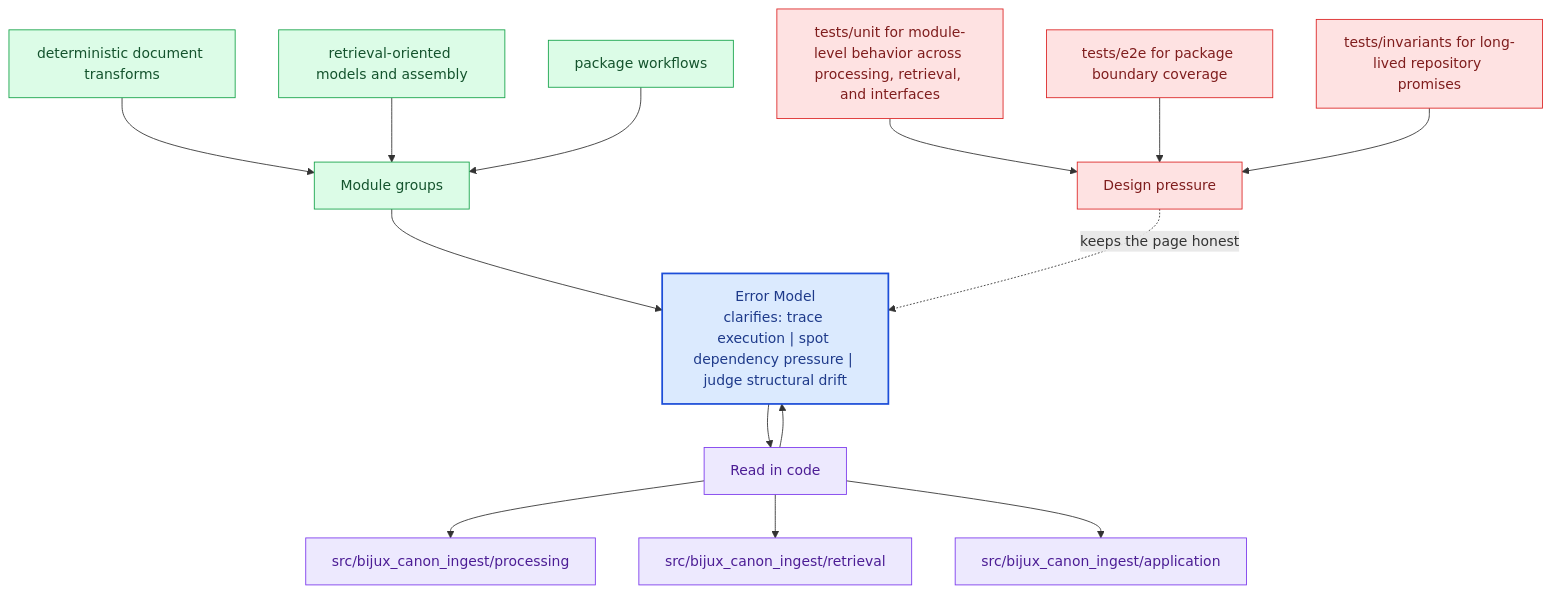
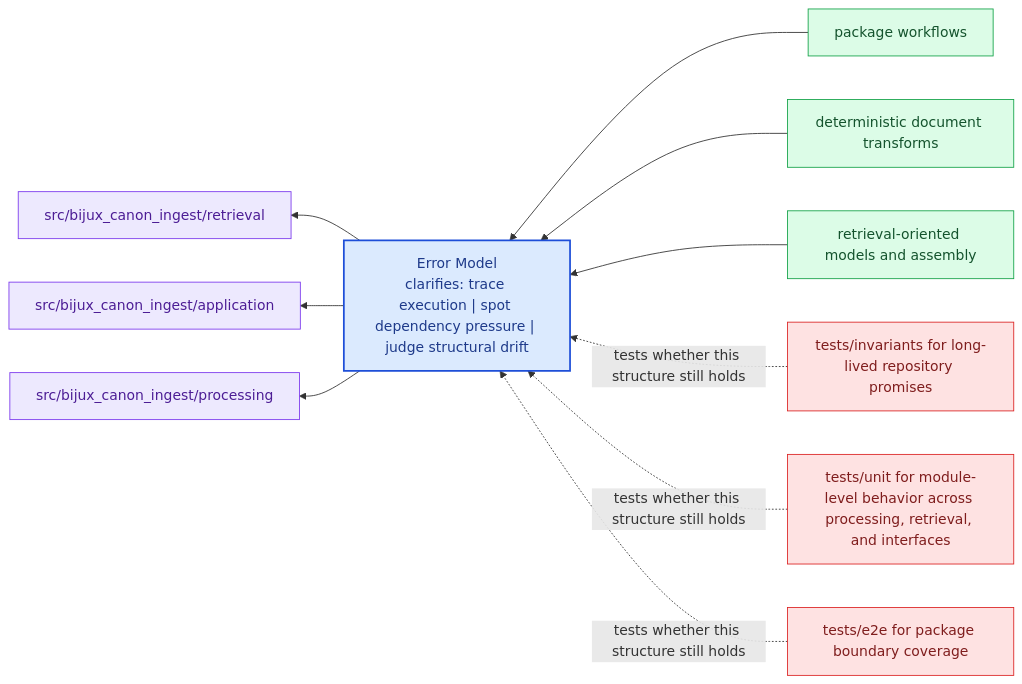
One commit to bijux/bijux-canon changed the diagram in docs/bijux-canon-ingest/architecture/error-model.md. Above: the diagram before and after it, drawn with Mermaid. The commit also changed other lines of this file and 281 other files, not shown here.

Commit message:
docs(diagrams): replace repeated mermaid scaffolds with page-specific summaries

````diff
--- a/docs/bijux-canon-ingest/architecture/error-model.md
+++ b/docs/bijux-canon-ingest/architecture/error-model.md
@@ -68,40 +23,31 @@
 ```mermaid
-flowchart TB
-    promise["Error Model<br/>clarifies: trace execution | spot dependency pressure | judge structural drift"]
-    classDef promise fill:#dbeafe,stroke:#1d4ed8,color:#1e3a8a,stroke-width:2px;
-    classDef driver fill:#dcfce7,stroke:#16a34a,color:#14532d;
-    classDef constraint fill:#fee2e2,stroke:#dc2626,color:#7f1d1d;
-    classDef ground fill:#ede9fe,stroke:#7c3aed,color:#4c1d95;
-    focus1["Module groups"]
-    focus1 --> promise
-    focus1_1["deterministic document transforms"]
-    focus1_1 --> focus1
-    focus1_2["retrieval-oriented models and assembly"]
-    focus1_2 --> focus1
-    focus1_3["package workflows"]
-    focus1_3 --> focus1
-    class focus1 driver;
-    class focus1_1,focus1_2,focus1_3 driver;
-    focus2["Read in code"]
-    focus2 --> promise
-    promise --> focus2
-    focus2_1["src/bijux_canon_ingest/processing"]
-    focus2 --> focus2_1
-    focus2_2["src/bijux_canon_ingest/retrieval"]
-    focus2 --> focus2_2
-    focus2_3["src/bijux_canon_ingest/application"]
-    focus2 --> focus2_3
-    class focus2 ground;
-    class focus2_1,focus2_2,focus2_3 ground;
-    focus3["Design pressure"]
-    focus3 -.keeps the page honest.-> promise
-    focus3_1["tests/unit for module-level behavior across processing, retrieval, and interfaces"]
-    focus3_1 --> focus3
-    focus3_2["tests/e2e for package boundary coverage"]
-    focus3_2 --> focus3
-    focus3_3["tests/invariants for long-lived repository promises"]
-    focus3_3 --> focus3
-    class focus3 constraint;
-    class focus3_1,focus3_2,focus3_3 constraint;
-    class promise promise;
+flowchart RL
+    page["Error Model<br/>clarifies: trace execution | spot dependency pressure | judge structural drift"]
+    classDef page fill:#dbeafe,stroke:#1d4ed8,color:#1e3a8a,stroke-width:2px;
+    classDef positive fill:#dcfce7,stroke:#16a34a,color:#14532d;
+    classDef caution fill:#fee2e2,stroke:#dc2626,color:#7f1d1d;
+    classDef anchor fill:#ede9fe,stroke:#7c3aed,color:#4c1d95;
+    classDef action fill:#fef3c7,stroke:#d97706,color:#7c2d12;
+    module1["package workflows"]
+    module1 --> page
+    module2["deterministic document transforms"]
+    module2 --> page
+    module3["retrieval-oriented models and assembly"]
+    module3 --> page
+    code1["src/bijux_canon_ingest/retrieval"]
+    page --> code1
+    code2["src/bijux_canon_ingest/application"]
+    page --> code2
+    code3["src/bijux_canon_ingest/processing"]
+    page --> code3
+    pressure1["tests/invariants for long-lived repository promises"]
+    pressure1 -.tests whether this structure still holds.-> page
+    pressure2["tests/unit for module-level behavior across processing, retrieval, and interfaces"]
+    pressure2 -.tests whether this structure still holds.-> page
+    pressure3["tests/e2e for package boundary coverage"]
+    pressure3 -.tests whether this structure still holds.-> page
+    class page page;
+    class module1,module2,module3 positive;
+    class code1,code2,code3 anchor;
+    class pressure1,pressure2,pressure3 caution;
 ```
````
